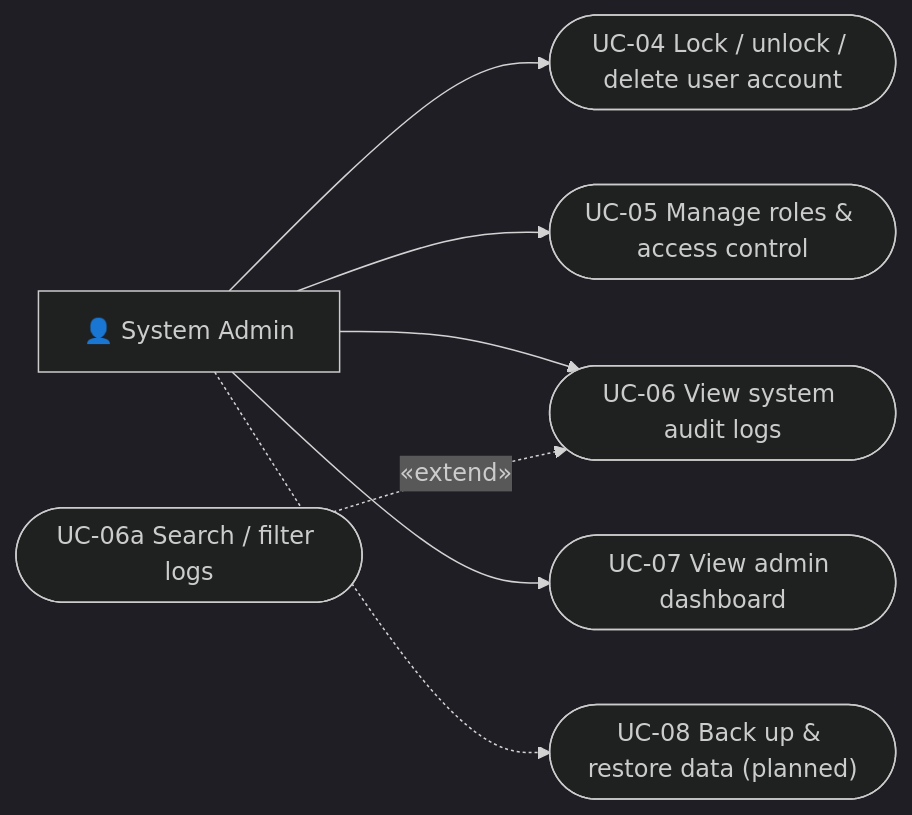
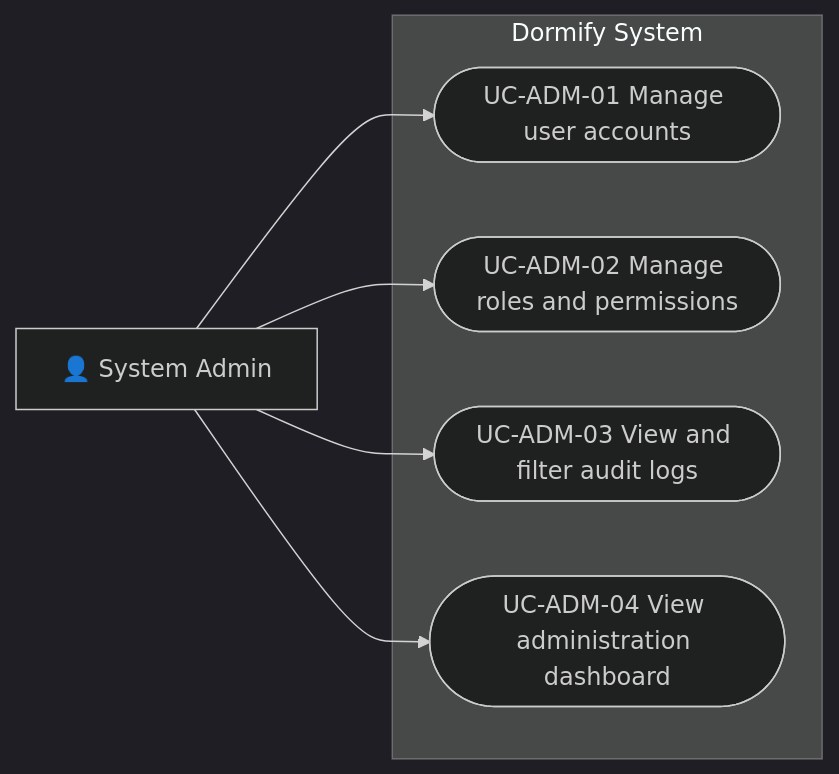
The second of 12 diagrams in docs/analysis-and-design/use-case-model.md (ddanh2436/Domitory_Management_Docs), drawn with Mermaid (dark theme) before and after one commit. The commit also changed other lines of this file, not shown here.

````diff
--- a/docs/analysis-and-design/use-case-model.md
+++ b/docs/analysis-and-design/use-case-model.md
@@ -42,18 +105,16 @@
 ```mermaid
 flowchart LR
     Admin["👤 System Admin"]
 
-    UC04(["UC-04 Lock / unlock / delete user account"])
-    UC05(["UC-05 Manage roles & access control"])
-    UC06(["UC-06 View system audit logs"])
-    UC06a(["UC-06a Search / filter logs"])
-    UC07(["UC-07 View admin dashboard"])
-    UC08(["UC-08 Back up & restore data (planned)"])
+    subgraph Dormify["Dormify System"]
+        UCA01(["UC-ADM-01 Manage user accounts"])
+        UCA02(["UC-ADM-02 Manage roles and permissions"])
+        UCA03(["UC-ADM-03 View and filter audit logs"])
+        UCA04(["UC-ADM-04 View administration dashboard"])
+    end
 
-    Admin --> UC04
-    Admin --> UC05
-    Admin --> UC06
-    UC06a -.->|«extend»| UC06
-    Admin --> UC07
-    Admin -.-> UC08
+    Admin --> UCA01
+    Admin --> UCA02
+    Admin --> UCA03
+    Admin --> UCA04
 ```
````
